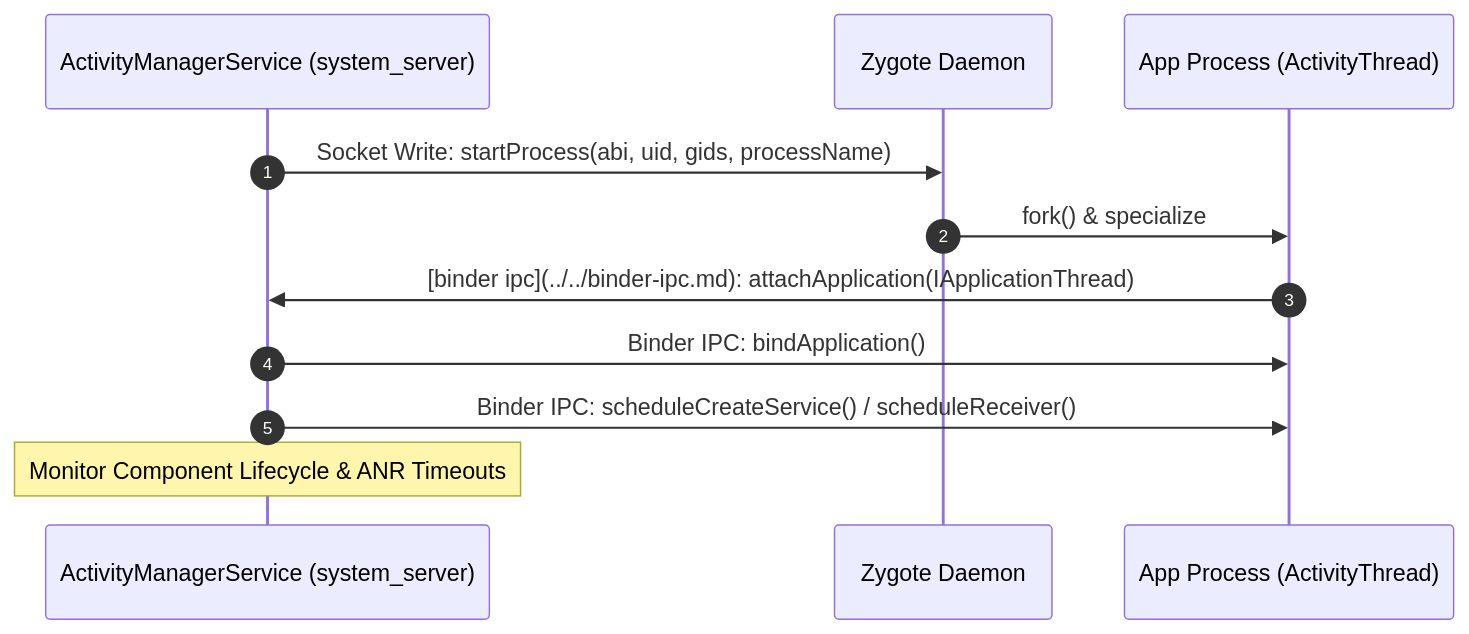
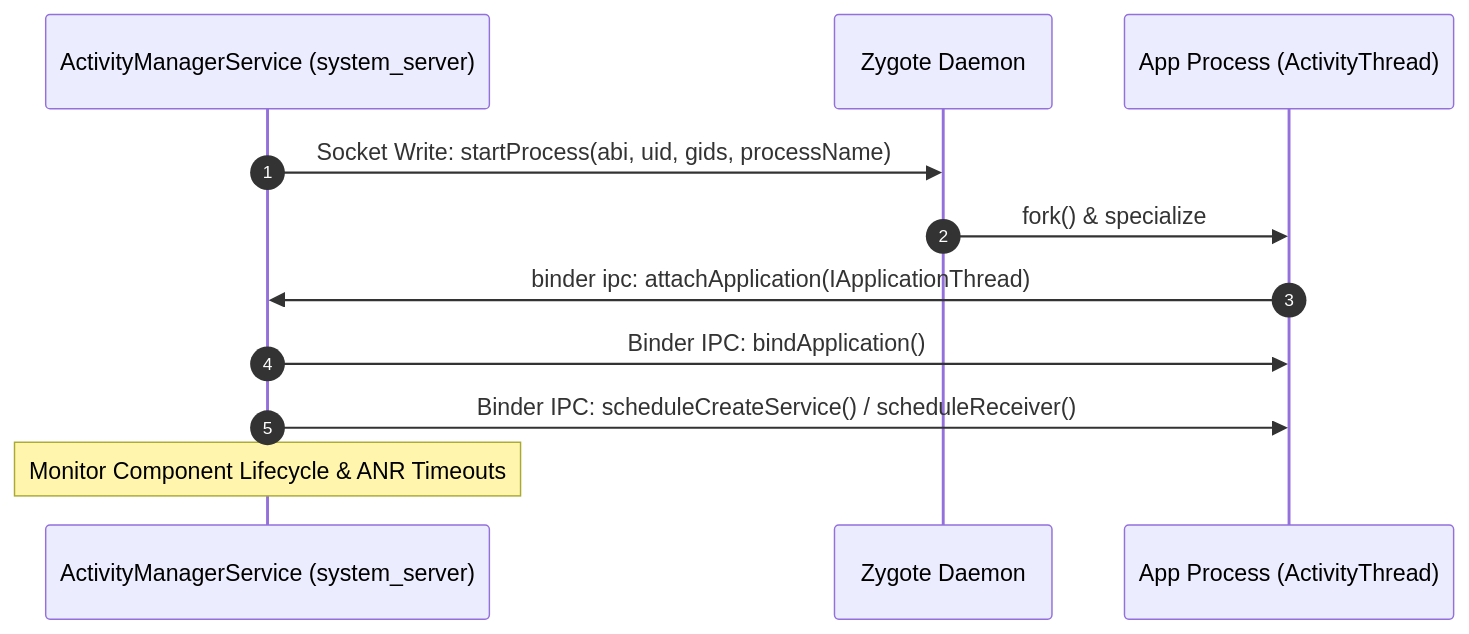
The diagram in 01_inbox/mobile/android/01_system_internals/boot-and-runtime/system-server-contracts/ams-coordinates-app-process-and-component-lifecycle.md (youngmin-gwon/what-i-studied), drawn with Mermaid before and after one commit. The commit also changed 68 other files, not shown here.

````diff
--- a/01_inbox/mobile/android/01_system_internals/boot-and-runtime/system-server-contracts/ams-coordinates-app-process-and-component-lifecycle.md
+++ b/01_inbox/mobile/android/01_system_internals/boot-and-runtime/system-server-contracts/ams-coordinates-app-process-and-component-lifecycle.md
@@ -27,14 +27,14 @@
 ```mermaid
 sequenceDiagram
     autonumber
     participant AMS as ActivityManagerService (system_server)
     participant ZYG as Zygote Daemon
     participant APP as App Process (ActivityThread)
 
     AMS->>ZYG: Socket Write: startProcess(abi, uid, gids, processName)
     ZYG->>APP: fork() & specialize
-    APP->>AMS: [binder ipc](../../binder-ipc.md): attachApplication(IApplicationThread)
+    APP->>AMS: binder ipc: attachApplication(IApplicationThread)
     AMS->>APP: Binder IPC: bindApplication()
     AMS->>APP: Binder IPC: scheduleCreateService() / scheduleReceiver()
     Note over AMS: Monitor Component Lifecycle & ANR Timeouts
 ```
````
